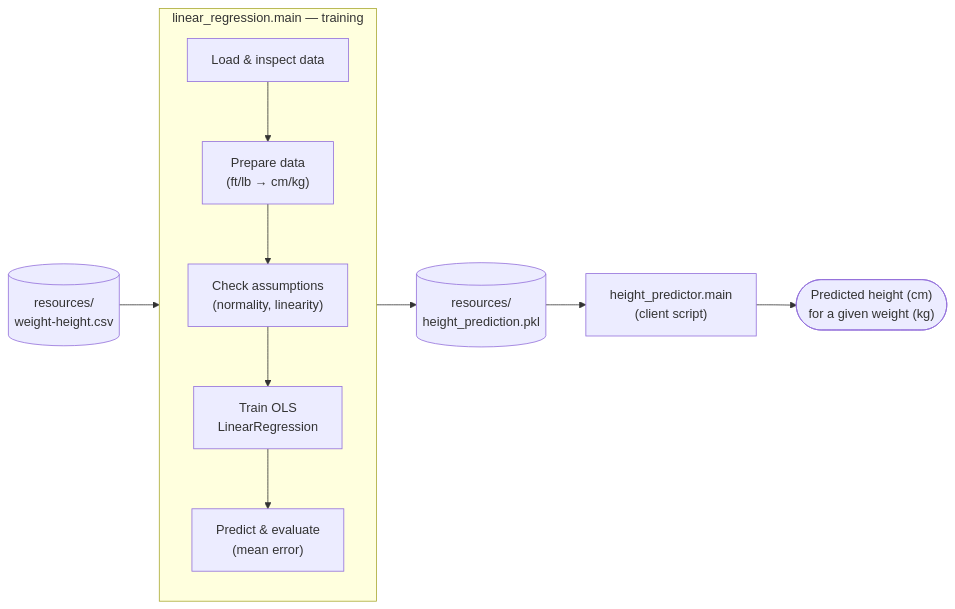
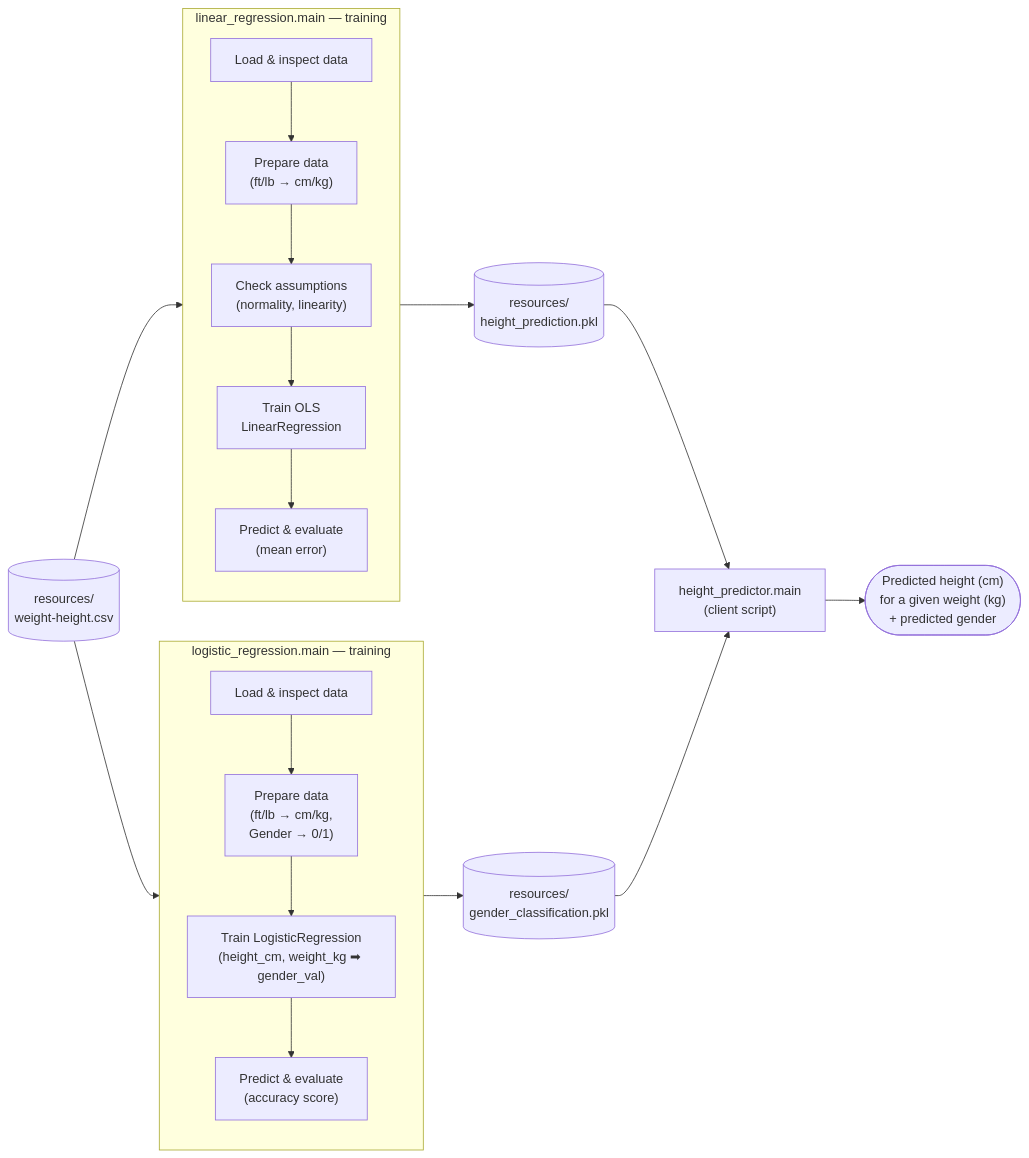
The diagram in README.md (TezyApps/height-weight-prediction), drawn with Mermaid before and after one commit. The commit also changed other lines of this file, not shown here.

First line of the commit message:
Update README to document logistic regression / gender classification

````diff
--- a/README.md
+++ b/README.md
@@ -10,16 +13,26 @@
 ```mermaid
 flowchart LR
     A[("resources/\nweight-height.csv")] --> B["linear_regression.main\n(training script)"]
+    A --> F["logistic_regression.main\n(training script)"]
 
     subgraph B["linear_regression.main — training"]
         direction TB
         B1["Load & inspect data"] --> B2["Prepare data\n(ft/lb → cm/kg)"]
         B2 --> B3["Check assumptions\n(normality, linearity)"]
         B3 --> B4["Train OLS\nLinearRegression"]
         B4 --> B5["Predict & evaluate\n(mean error)"]
     end
 
+    subgraph F["logistic_regression.main — training"]
+        direction TB
+        F1["Load & inspect data"] --> F2["Prepare data\n(ft/lb → cm/kg,\nGender → 0/1)"]
+        F2 --> F3["Train LogisticRegression\n(height_cm, weight_kg ➡ gender_val)"]
+        F3 --> F4["Predict & evaluate\n(accuracy score)"]
+    end
+
     B5 --> C[("resources/\nheight_prediction.pkl")]
+    F4 --> G[("resources/\ngender_classification.pkl")]
     C --> D["height_predictor.main\n(client script)"]
-    D --> E(["Predicted height (cm)\nfor a given weight (kg)"])
+    G --> D
+    D --> E(["Predicted height (cm)\nfor a given weight (kg)\n+ predicted gender"])
 ```
````
